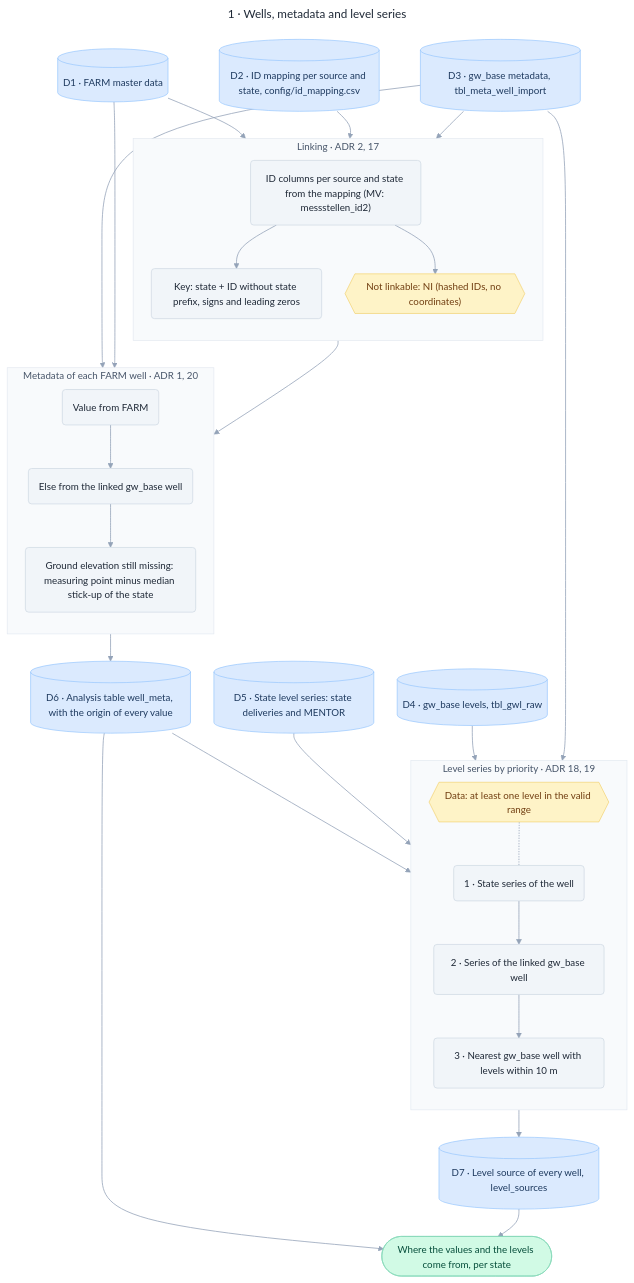
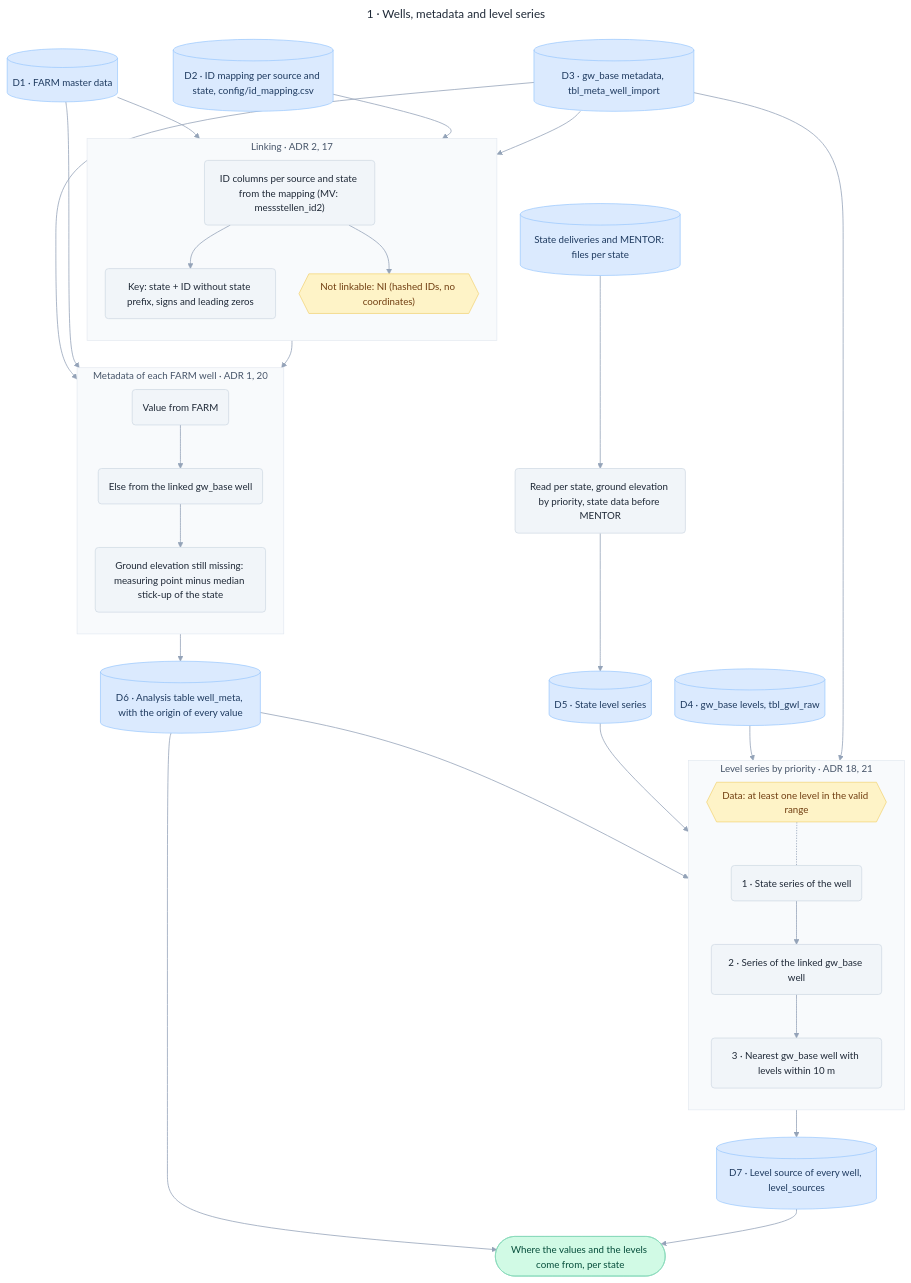
One commit to MxNl/groundwater_obswells changed the diagram in docs/diagrams/wells_and_levels.mmd. Above: the diagram before and after it, drawn with Mermaid. The commit also changed 14 other files, not shown here.

First line of the commit message:
State level series read in the pipeline

```diff
--- a/docs/diagrams/wells_and_levels.mmd
+++ b/docs/diagrams/wells_and_levels.mmd
@@ -1,77 +1,80 @@
 ---
 title: "1 · Wells, metadata and level series"
 config:
   theme: base
   themeVariables:
     fontFamily: Noto Sans Display
     fontSize: 15px
     primaryTextColor: "#1f2937"
     lineColor: "#94a3b8"
     clusterBkg: "#f8fafc"
     clusterBorder: "#e2e8f0"
     titleColor: "#475569"
   flowchart:
     wrappingWidth: 230
     padding: 16
     nodeSpacing: 36
     rankSpacing: 42
     curve: basis
 ---
 flowchart TB
   classDef data fill:#dbeafe,stroke:#93c5fd,stroke-width:1px,color:#1e3a5f
   classDef step fill:#f1f5f9,stroke:#cbd5e1,stroke-width:1px,color:#1f2937
   classDef rule fill:#fef3c7,stroke:#f2cf6b,stroke-width:1px,color:#713f12
   classDef out fill:#d1fae5,stroke:#86d9b9,stroke-width:1px,color:#064e3b
 
   farm[("D1 · FARM master data")]:::data
   map[("D2 · ID mapping per source and state, config/id_mapping.csv")]:::data
   gwmeta[("D3 · gw_base metadata, tbl_meta_well_import")]:::data
   gwl[("D4 · gw_base levels, tbl_gwl_raw")]:::data
-  st[("D5 · State level series: state deliveries and MENTOR")]:::data
+  dl[("State deliveries and MENTOR: files per state")]:::data
+  stb("Read per state, ground elevation by priority, state data before MENTOR"):::step
+  st[("D5 · State level series")]:::data
+  dl --> stb --> st
 
   subgraph link ["Linking · ADR 2, 17"]
     direction TB
     key("Key: state + ID without state prefix, signs and leading zeros"):::step
     cols("ID columns per source and state from the mapping (MV: messstellen_id2)"):::step
     none{{"Not linkable: NI (hashed IDs, no coordinates)"}}:::rule
     cols --> key
     cols --> none
   end
 
   subgraph fill ["Metadata of each FARM well · ADR 1, 20"]
     direction TB
     farmv("Value from FARM"):::step
     gwv("Else from the linked gw_base well"):::step
     mp("Ground elevation still missing: measuring point minus median stick-up of the state"):::step
     farmv --> gwv --> mp
   end
   meta[("D6 · Analysis table well_meta, with the origin of every value")]:::data
 
-  subgraph lev ["Level series by priority · ADR 18, 19"]
+  subgraph lev ["Level series by priority · ADR 18, 21"]
     direction TB
     p1("1 · State series of the well"):::step
     p2("2 · Series of the linked gw_base well"):::step
     p3("3 · Nearest gw_base well with levels within 10 m"):::step
     has{{"Data: at least one level in the valid range"}}:::rule
     p1 --> p2 --> p3
     has -.- p1
   end
   srcs[("D7 · Level source of every well, level_sources")]:::data
   o1(["Where the values and the levels come from, per state"]):::out
 
   farm --> cols
   map --> cols
   gwmeta --> key
   key --> farmv
   gwmeta --> gwv
   farm --> farmv
   mp --> meta
   meta --> p1
   st --> p1
   gwl --> p2
   gwmeta --> p3
   p3 --> srcs
   meta --> o1
   srcs --> o1
 
   linkStyle default stroke-width:1.2px
```
